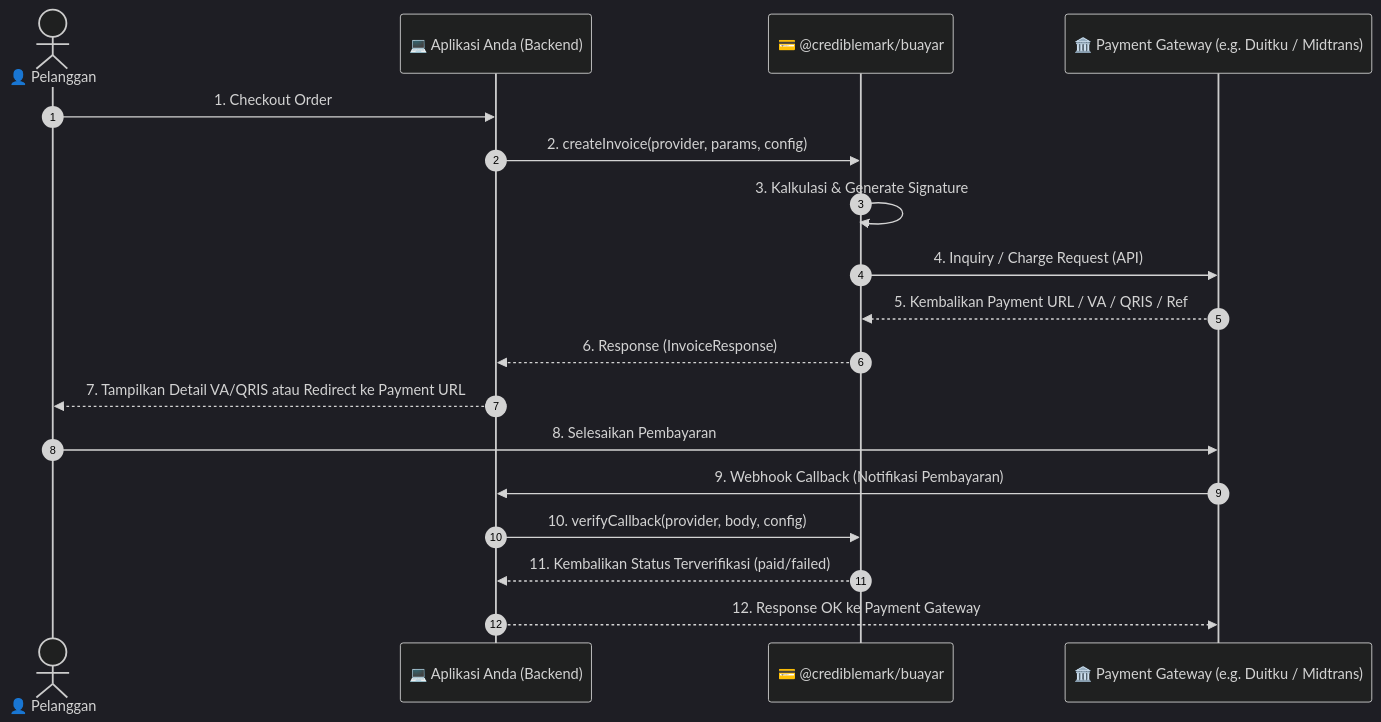
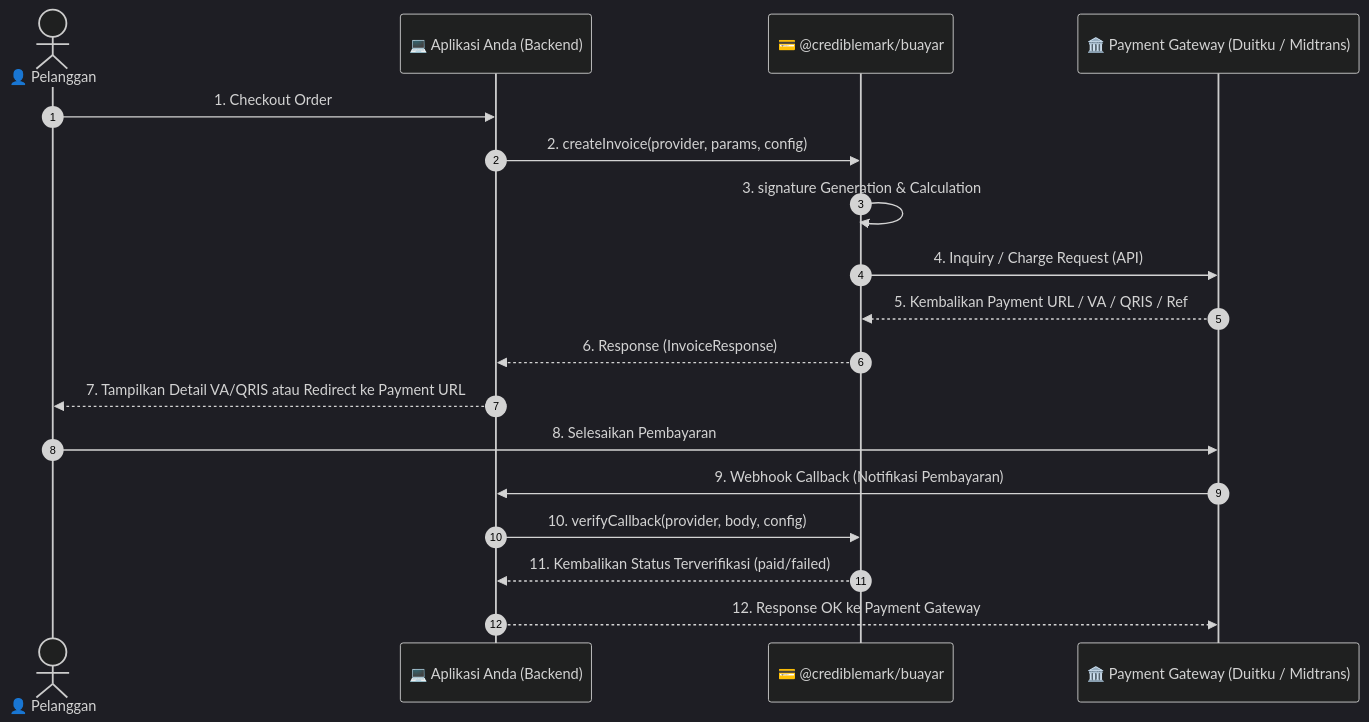
Before and after one commit to crediblemark-official/Buayar: the diagram in README.md, drawn with Mermaid (dark theme). The commit also changed other lines of this file and 2 other files, not shown here.

````diff
--- a/README.md
+++ b/README.md
@@ -95,21 +79,21 @@
 ```mermaid
 sequenceDiagram
     autonumber
     actor Customer as 👤 Pelanggan
     participant App as 💻 Aplikasi Anda (Backend)
     participant SDK as 💳 @crediblemark/buayar
-    participant PG as 🏛️ Payment Gateway (e.g. Duitku / Midtrans)
+    participant PG as 🏛️ Payment Gateway (Duitku / Midtrans)
 
     Customer->>App: 1. Checkout Order
     App->>SDK: 2. createInvoice(provider, params, config)
-    SDK->>SDK: 3. Kalkulasi & Generate Signature
+    SDK->>SDK: 3. signature Generation & Calculation
     SDK->>PG: 4. Inquiry / Charge Request (API)
     PG-->>SDK: 5. Kembalikan Payment URL / VA / QRIS / Ref
     SDK-->>App: 6. Response (InvoiceResponse)
     App-->>Customer: 7. Tampilkan Detail VA/QRIS atau Redirect ke Payment URL
     Customer->>PG: 8. Selesaikan Pembayaran
     PG->>App: 9. Webhook Callback (Notifikasi Pembayaran)
     App->>SDK: 10. verifyCallback(provider, body, config)
     SDK-->>App: 11. Kembalikan Status Terverifikasi (paid/failed)
     App-->>PG: 12. Response OK ke Payment Gateway
 ```
````
